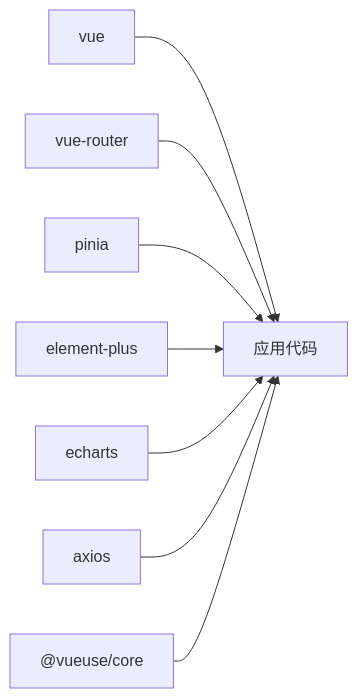
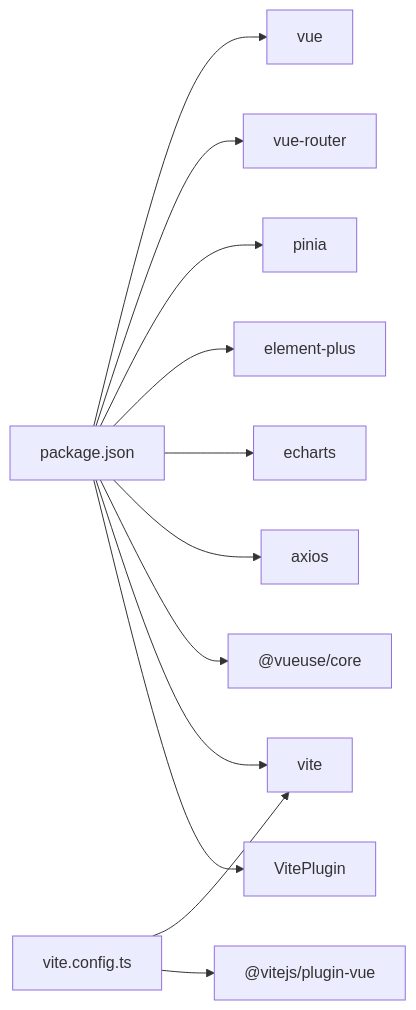
One commit to We3le7/stock-view changed the fifth of 5 diagrams in .qoder/repowiki/zh/content/前端开发/Vue应用架构.md. Above: the diagram before and after it, drawn with Mermaid. The commit also changed other lines of this file and 142 other files, not shown here.

````diff
--- a/.qoder/repowiki/zh/content/前端开发/Vue应用架构.md
+++ b/.qoder/repowiki/zh/content/前端开发/Vue应用架构.md
@@ -268,10 +305,14 @@
 ```mermaid
 graph LR
-Vue["vue"] --> App["应用代码"]
-Router["vue-router"] --> App
-Pinia["pinia"] --> App
-ElementPlus["element-plus"] --> App
-ECharts["echarts"] --> App
-Axios["axios"] --> App
-VueUse["@vueuse/core"] --> App
+Pkg["package.json"] --> Vue["vue"]
+Pkg --> Router["vue-router"]
+Pkg --> Pinia["pinia"]
+Pkg --> EP["element-plus"]
+Pkg --> ECharts["echarts"]
+Pkg --> Axios["axios"]
+Pkg --> UseCore["@vueuse/core"]
+ViteCfg["vite.config.ts"] --> Vite["vite"]
+ViteCfg --> VuePlugin["@vitejs/plugin-vue"]
+Pkg --> Vite
+Pkg --> VitePlugin
 ```
````
